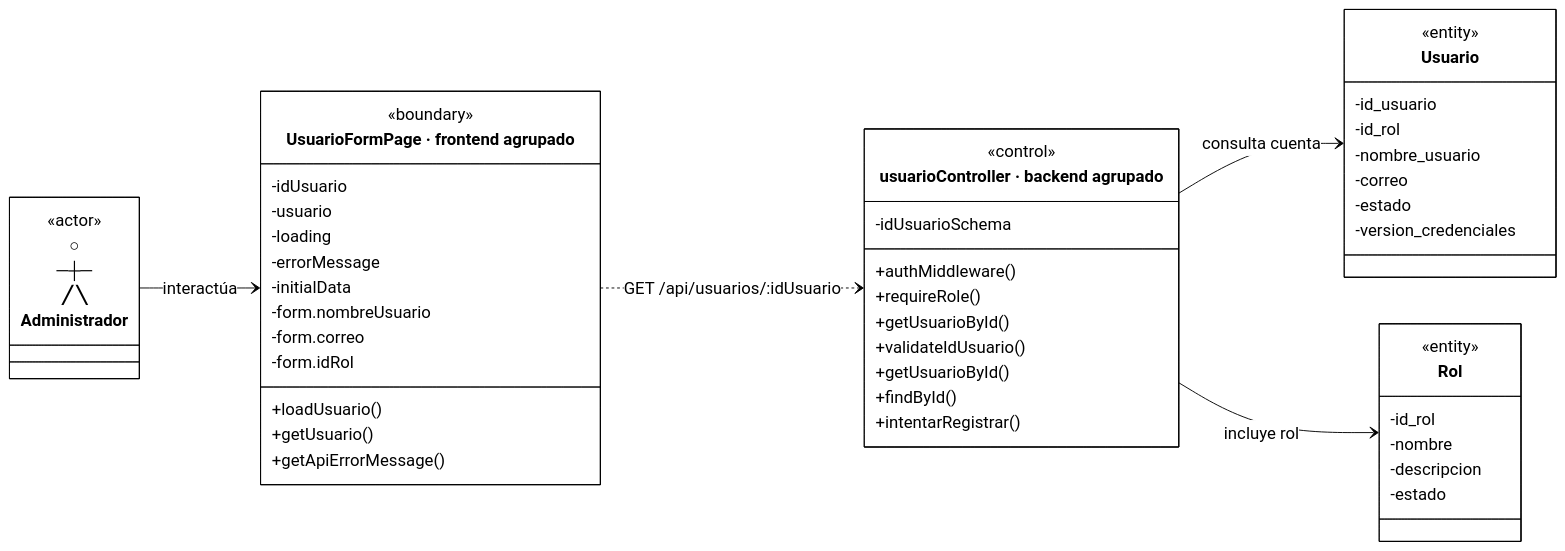
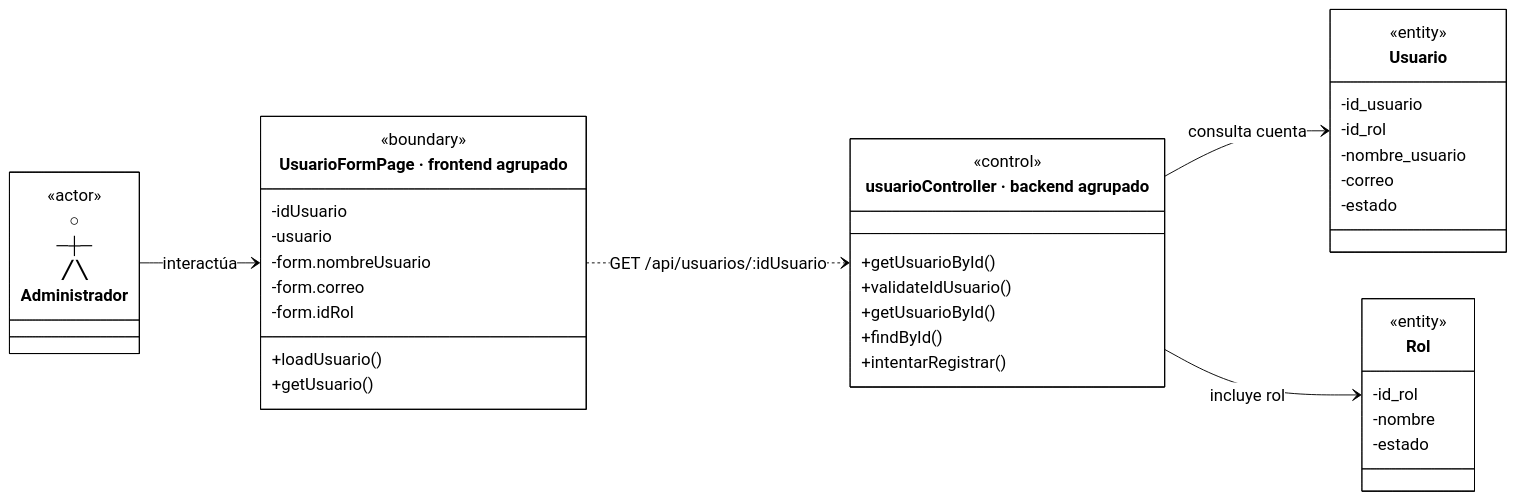
The fifth of 35 diagrams in docs/ai/analisis-clases-academico-simplificado.md (CreepyBowDev/cadefar-inventory-system), drawn with Mermaid before and after one commit. The commit also changed other lines of this file, not shown here.

````diff
--- a/docs/ai/analisis-clases-academico-simplificado.md
+++ b/docs/ai/analisis-clases-academico-simplificado.md
@@ -369,59 +340,50 @@
 ```mermaid
-%%{init: {"theme":"base","htmlLabels":true,"markdownAutoWrap":false,"class":{"useMaxWidth":false},"themeCSS":".node.actor .label-container path{stroke:none!important;fill:none!important;} .node.actor .divider{display:none;} .nodeLabel{color:#000000!important;} .node .label div{display:table-cell!important;white-space:nowrap!important;max-width:none!important;} .control .methods-group .label:nth-child(3) p::after{content:\" [controller]\";} .control .methods-group .label:nth-child(5) p::after{content:\" [service]\";} .control .methods-group .label:nth-child(7) p::after{content:\" [auditoria]\";}","themeVariables":{"background":"#ffffff","primaryColor":"#ffffff","primaryTextColor":"#000000","primaryBorderColor":"#000000","secondaryColor":"#ffffff","tertiaryColor":"#ffffff","lineColor":"#000000","textColor":"#000000","fontFamily":"Arial","fontSize":"18px"}}}%%
+%%{init: {"theme":"base","htmlLabels":true,"markdownAutoWrap":false,"class":{"useMaxWidth":false},"themeCSS":".node.actor .label-container path{stroke:none!important;fill:none!important;} .node.actor .divider{display:none;} .nodeLabel{color:#000000!important;} .node .label div{display:table-cell!important;white-space:nowrap!important;max-width:none!important;} .control .methods-group .label:nth-child(1) p::after{content:\" [controller]\";}.control .methods-group .label:nth-child(3) p::after{content:\" [service]\";}.control .methods-group .label:nth-child(5) p::after{content:\" [auditoria]\";}","themeVariables":{"background":"#ffffff","primaryColor":"#ffffff","primaryTextColor":"#000000","primaryBorderColor":"#000000","secondaryColor":"#ffffff","tertiaryColor":"#ffffff","lineColor":"#000000","textColor":"#000000","fontFamily":"Arial","fontSize":"18px"}}}%%
 %%{init: {"state":{"useMaxWidth":false}}}%%
 classDiagram
     direction LR
     class Administrador["○<br/>─┼─<br/>╱ ╲<br/>Administrador"]
     class Administrador { <<actor>> }
     class Boundary["UsuarioFormPage · frontend agrupado"] {
         <<boundary>>
         -idUsuario
         -usuario
-        -loading
-        -errorMessage
-        -initialData
         -form.nombreUsuario
         -form.correo
         -form.idRol
         +loadUsuario()
         +getUsuario()
-        +getApiErrorMessage()
     }
     class Control["usuarioController · backend agrupado"] {
         <<control>>
-        -idUsuarioSchema
-        +authMiddleware()
-        +requireRole()
         %% getUsuarioById() [controller]
         +getUsuarioById()
         +validateIdUsuario()
         %% getUsuarioById() [service]
         +getUsuarioById()
         +findById()
         %% intentarRegistrar() [auditoria]
         +intentarRegistrar()
     }
     class Usuario {
         <<entity>>
         -id_usuario
         -id_rol
         -nombre_usuario
         -correo
         -estado
-        -version_credenciales
     }
     class Rol {
         <<entity>>
         -id_rol
         -nombre
-        -descripcion
         -estado
     }
     Administrador --> Boundary : interactúa
     Boundary ..> Control : GET /api/usuarios/#58;idUsuario
     Control --> Usuario : consulta cuenta
     Control --> Rol : incluye rol
     cssClass "Control" control
     classDef actor fill:#ffffff,stroke-width:0px,color:#000000
     cssClass "Administrador" actor
 ```
````
